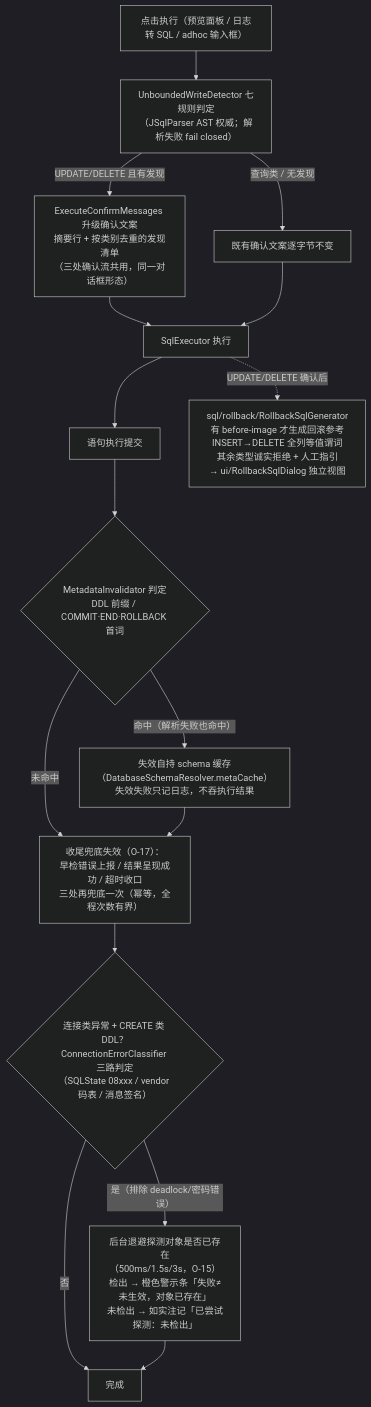
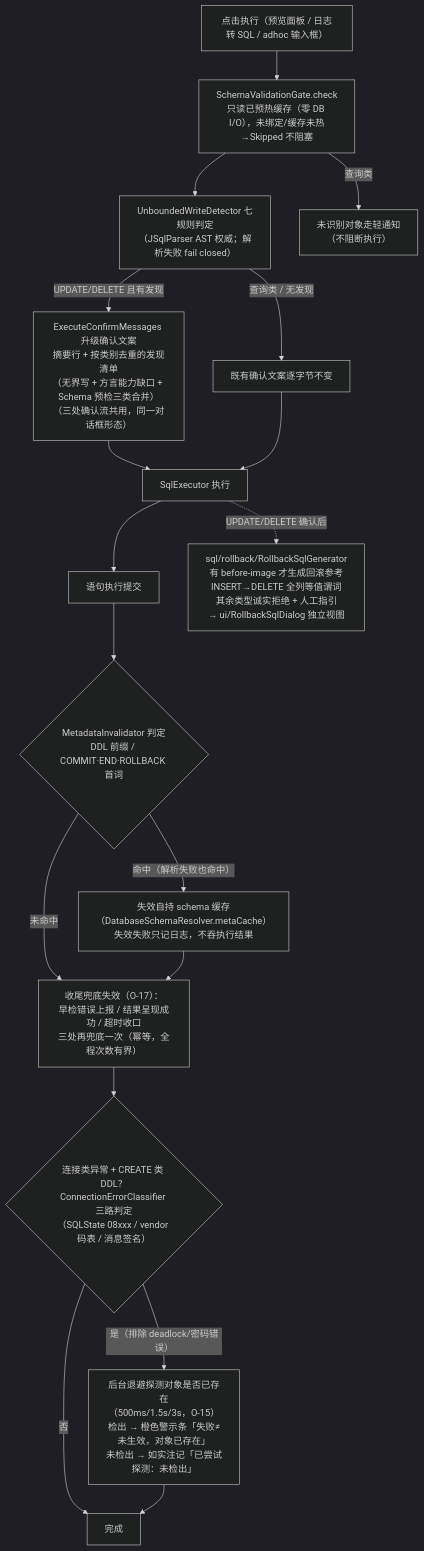
One commit to SongRenShuo/mybatis-plus-sql-visualizer changed the sixth of 18 diagrams in docs/架构设计/02-核心流程详解.md. Above: the diagram before and after it, drawn with Mermaid (dark theme). The commit also changed other lines of this file and 204 other files, not shown here.

````diff
--- a/docs/架构设计/02-核心流程详解.md
+++ b/docs/架构设计/02-核心流程详解.md
@@ -184,18 +200,20 @@
 ```mermaid
 flowchart TD
-    CLICK["点击执行（预览面板 / 日志转 SQL / adhoc 输入框）"] --> DET["UnboundedWriteDetector 七规则判定<br/>（JSqlParser AST 权威；解析失败 fail closed）"]
-    DET -->|"UPDATE/DELETE 且有发现"| MSG["ExecuteConfirmMessages 升级确认文案<br/>摘要行 + 按类别去重的发现清单<br/>（三处确认流共用，同一对话框形态）"]
+    CLICK["点击执行（预览面板 / 日志转 SQL / adhoc 输入框）"] --> SCHEMA["SchemaValidationGate.check<br/>只读已预热缓存（零 DB I/O），未绑定/缓存未热→Skipped 不阻塞"]
+    SCHEMA --> DET["UnboundedWriteDetector 七规则判定<br/>（JSqlParser AST 权威；解析失败 fail closed）"]
+    DET -->|"UPDATE/DELETE 且有发现"| MSG["ExecuteConfirmMessages 升级确认文案<br/>摘要行 + 按类别去重的发现清单<br/>（无界写 + 方言能力缺口 + Schema 预检三类合并）<br/>（三处确认流共用，同一对话框形态）"]
+    SCHEMA -->|"查询类"| QMSG["未识别对象走轻通知<br/>（不阻断执行）"]
     DET -->|"查询类 / 无发现"| ORIG["既有确认文案逐字节不变"]
     MSG --> EXEC["SqlExecutor 执行"]
     ORIG --> EXEC
     EXEC --> COMMIT["语句执行提交"]
     COMMIT --> DDL{"MetadataInvalidator 判定<br/>DDL 前缀 / COMMIT·END·ROLLBACK 首词"}
     DDL -->|"命中（解析失败也命中）"| INV["失效自持 schema 缓存<br/>（DatabaseSchemaResolver.metaCache）<br/>失效失败只记日志，不吞执行结果"]
     DDL -->|"未命中"| POST["收尾兜底失效（O-17）：<br/>早检错误上报 / 结果呈现成功 / 超时收口<br/>三处再兜底一次（幂等，全程次数有界）"]
     INV --> POST
     POST --> CONN{"连接类异常 + CREATE 类 DDL？<br/>ConnectionErrorClassifier 三路判定<br/>（SQLState 08xxx / vendor 码表 / 消息签名）"}
     CONN -->|"是（排除 deadlock/密码错误）"| RECOVER["后台退避探测对象是否已存在<br/>（500ms/1.5s/3s，O-15）<br/>检出 → 橙色警示条「失败≠未生效，对象已存在」<br/>未检出 → 如实注记「已尝试探测：未检出」"]
     CONN -->|"否"| DONE["完成"]
     RECOVER --> DONE
     EXEC -.->|"UPDATE/DELETE 确认后"| RB["sql/rollback/RollbackSqlGenerator<br/>有 before-image 才生成回滚参考<br/>INSERT→DELETE 全列等值谓词<br/>其余类型诚实拒绝 + 人工指引<br/>→ ui/RollbackSqlDialog 独立视图"]
 ```
````
